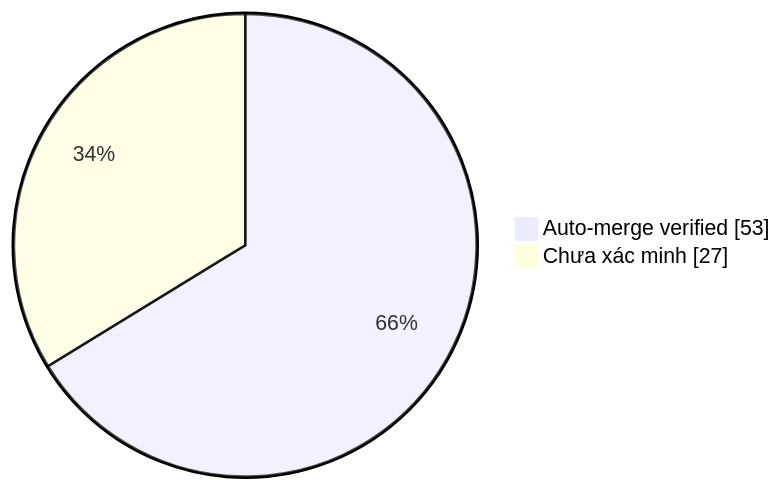
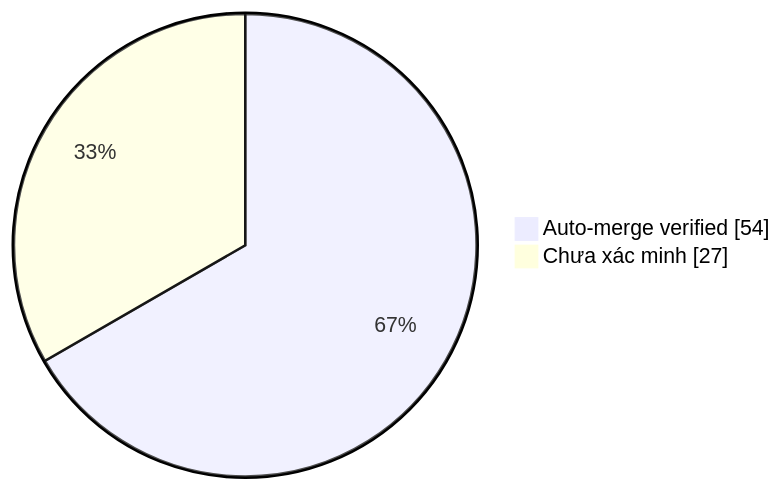
Before and after one commit to duykhang68/tetdinhmuiblog: the diagram in collector.md, drawn with Mermaid. The commit also changed other lines of this file and 1 other file, not shown here.

Commit message:
docs(collector): update auto-merge evidence dashboard

````diff
--- a/collector.md
+++ b/collector.md
@@ -22,5 +22,5 @@
 ```mermaid
 pie showData
-    "Auto-merge verified" : 53
+    "Auto-merge verified" : 54
     "Chưa xác minh" : 27
 ```
````
